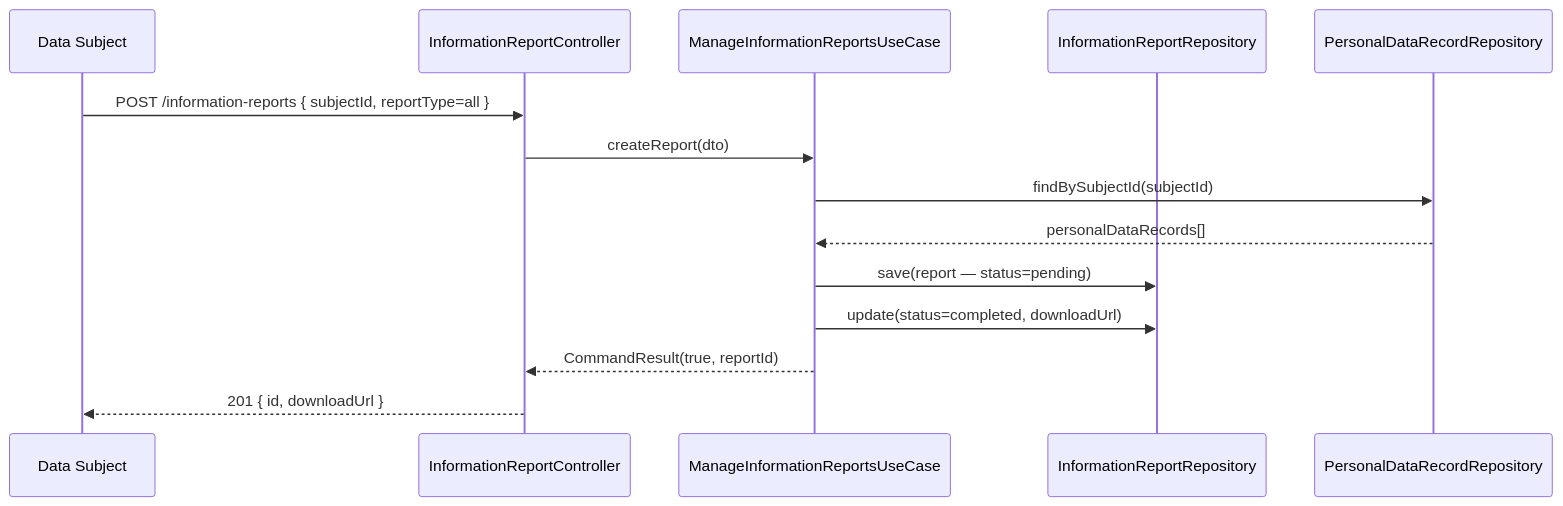
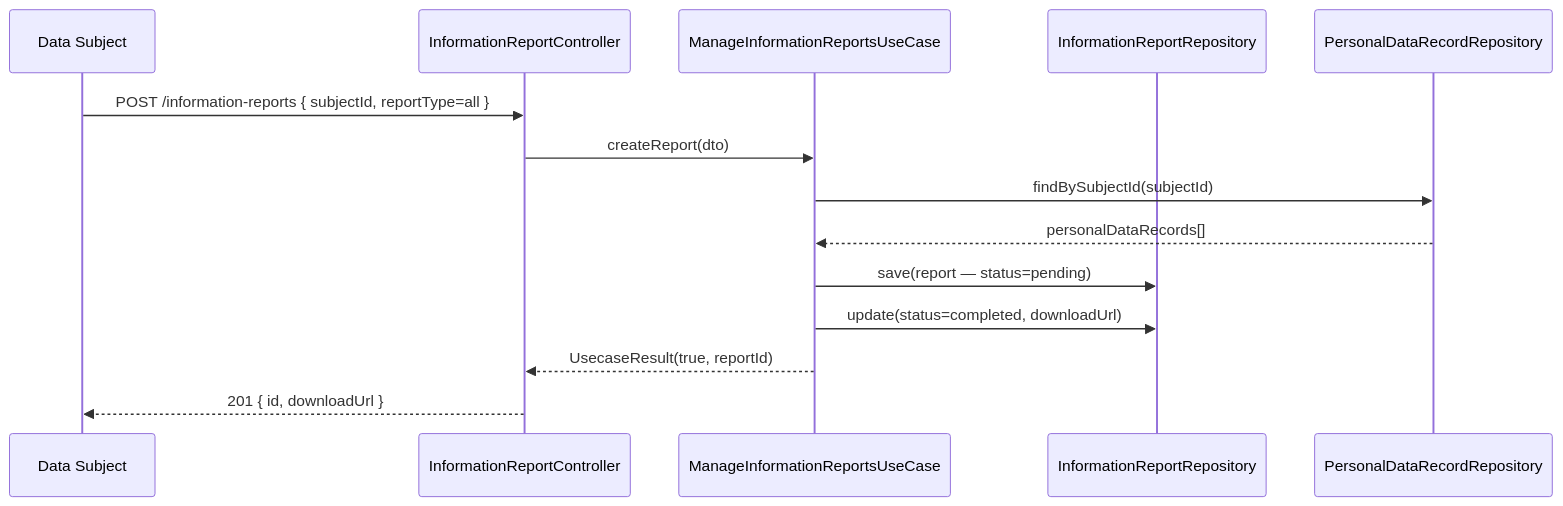
The third of 3 diagrams in data-privacy/UML.md (UIMSolutions/uim-platform), drawn with Mermaid before and after one commit. The commit also changed 907 other files, not shown here.

Commit message:
Rename CommandResult

````diff
--- a/data-privacy/UML.md
+++ b/data-privacy/UML.md
@@ -127,17 +127,17 @@
 ```mermaid
 sequenceDiagram
     participant DataSubject as Data Subject
     participant IC as InformationReportController
     participant IUC as ManageInformationReportsUseCase
     participant IR as InformationReportRepository
     participant PDR as PersonalDataRecordRepository
 
     DataSubject->>IC: POST /information-reports { subjectId, reportType=all }
     IC->>IUC: createReport(dto)
     IUC->>PDR: findBySubjectId(subjectId)
     PDR-->>IUC: personalDataRecords[]
     IUC->>IR: save(report — status=pending)
     IUC->>IR: update(status=completed, downloadUrl)
-    IUC-->>IC: CommandResult(true, reportId)
+    IUC-->>IC: UsecaseResult(true, reportId)
     IC-->>DataSubject: 201 { id, downloadUrl }
 ```
````
